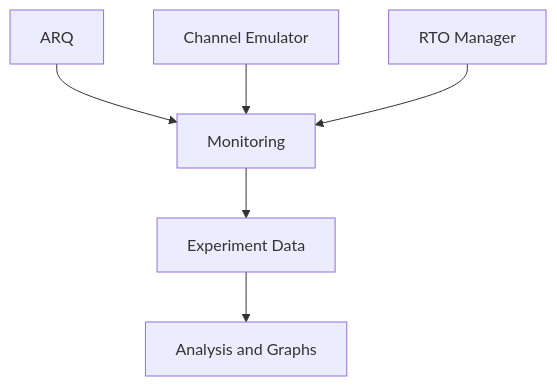
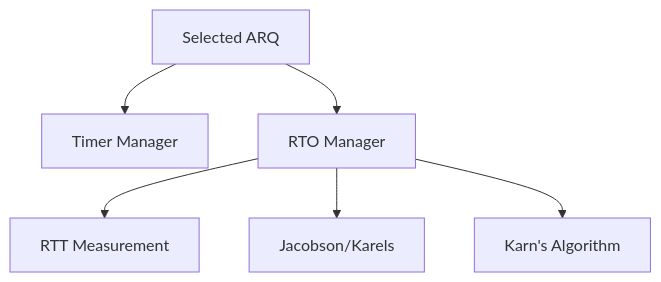
The eighth of 8 diagrams in docs/architecture.md (Siddharth-Nath-06/Reliable-UDP), drawn with Mermaid before and after one commit. The commit also changed other lines of this file, not shown here.

````diff
--- a/docs/architecture.md
+++ b/docs/architecture.md
@@ -307,18 +374,16 @@
 ```mermaid
 flowchart TD
 
-    A[ARQ]
-    B[Channel Emulator]
+    A[Selected ARQ]
+    B[Timer Manager]
     C[RTO Manager]
+    D[RTT Measurement]
+    E[Jacobson/Karels]
+    F[Karn's Algorithm]
 
-    D[Monitoring]
-    E[Experiment Data]
-    F[Analysis and Graphs]
-
-    A --> D
-    B --> D
+    A --> B
+    A --> C
     C --> D
-
-    D --> E
-    E --> F
+    C --> E
+    C --> F
 ```
````
